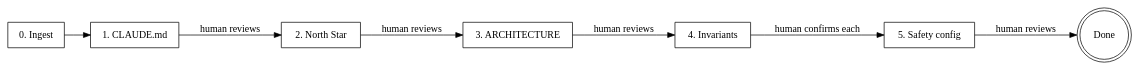
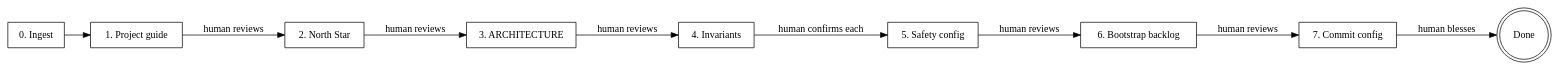
One commit to TejGandham/parchmark changed the diagram in .claude/skills/keel-setup/SKILL.md. Above: the diagram before and after it, drawn with Graphviz. The commit also changed other lines of this file and 89 other files, not shown here.

````diff
--- a/.claude/skills/keel-setup/SKILL.md
+++ b/.claude/skills/keel-setup/SKILL.md
@@ -26,19 +26,23 @@
 ```dot
 digraph setup {
   rankdir=LR;
   ingest [label="0. Ingest" shape=box];
-  identity [label="1. CLAUDE.md" shape=box];
+  identity [label="1. Project guide" shape=box];
   northstar [label="2. North Star" shape=box];
   arch [label="3. ARCHITECTURE" shape=box];
   invariants [label="4. Invariants" shape=box];
   safety [label="5. Safety config" shape=box];
+  bootstrap [label="6. Bootstrap backlog" shape=box];
+  commit [label="7. Commit config" shape=box];
   done [label="Done" shape=doublecircle];
 
   ingest -> identity;
   identity -> northstar [label="human reviews"];
   northstar -> arch [label="human reviews"];
   arch -> invariants [label="human reviews"];
   invariants -> safety [label="human confirms each"];
-  safety -> done [label="human reviews"];
+  safety -> bootstrap [label="human reviews"];
+  bootstrap -> commit [label="human reviews"];
+  commit -> done [label="human blesses"];
 }
 ```
````
